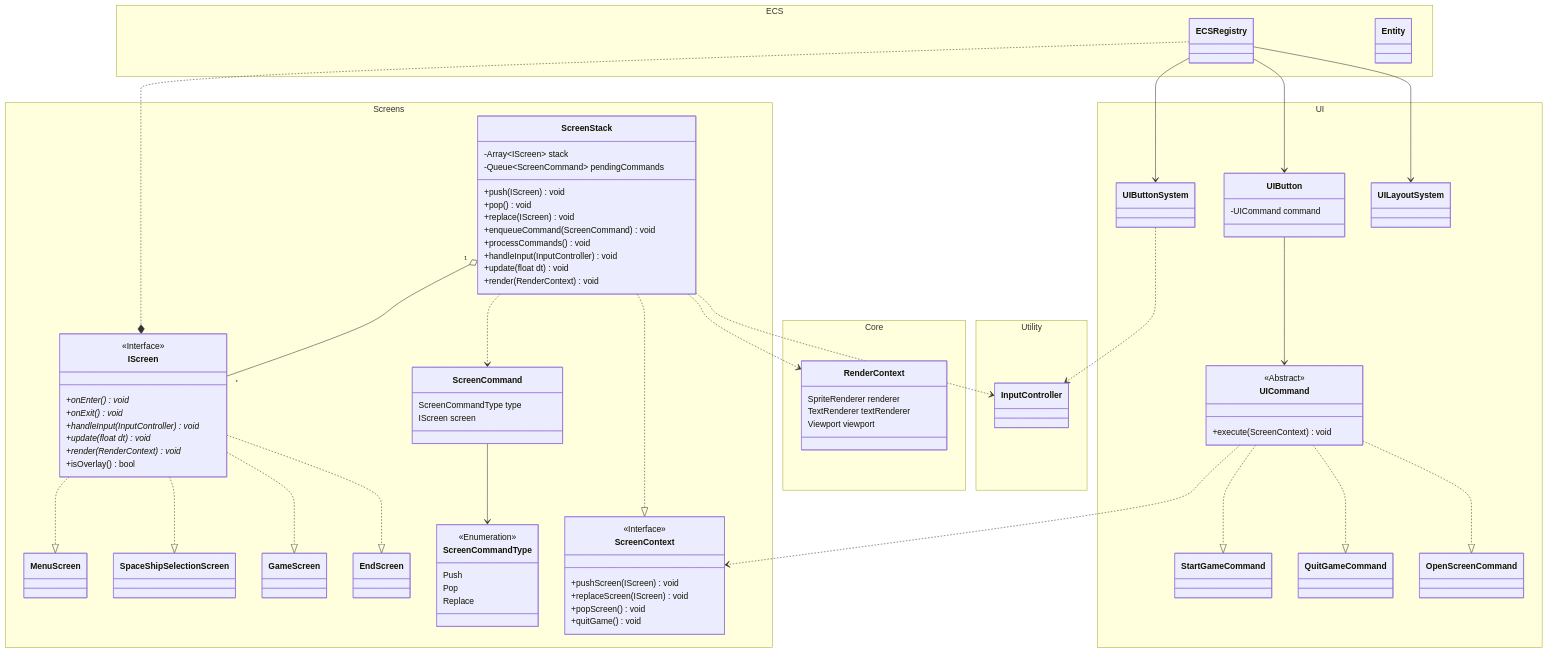
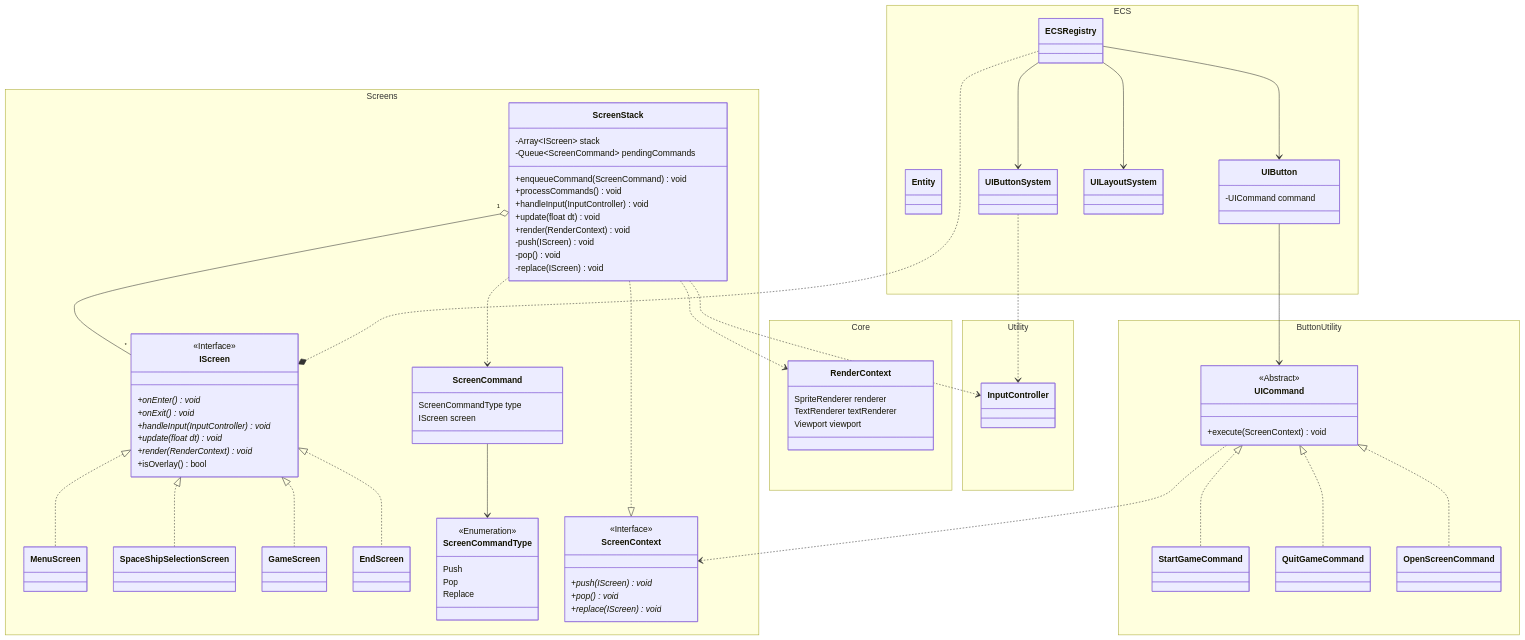
One commit to FelixHommel/StarfighterAlliance changed the diagram in docs/architecture/ScreenSystem.md. Above: the diagram before and after it, drawn with Mermaid.

Commit message:
docs: refactor diagram to reflect current architecture

```diff
--- a/docs/architecture/ScreenSystem.md
+++ b/docs/architecture/ScreenSystem.md
@@ -27,20 +27,21 @@
       -Array~IScreen~ stack
       -Queue~ScreenCommand~ pendingCommands
 
-      +push(IScreen) void
-      +pop() void
-      +replace(IScreen) void
-
       +enqueueCommand(ScreenCommand) void
       +processCommands() void
 
       +handleInput(InputController) void
       +update(float dt) void
       +render(RenderContext) void
+
+      -push(IScreen) void
+      -pop() void
+      -replace(IScreen) void
     }
 
     class ScreenCommandType{
       <<Enumeration>>
+
       Push
       Pop
       Replace
@@ -54,10 +55,9 @@
     class ScreenContext{
       <<Interface>>
 
-      +pushScreen(IScreen) void
-      +replaceScreen(IScreen) void
-      +popScreen() void
-      +quitGame() void
+      +push(IScreen)* void
+      +pop()* void
+      +replace(IScreen)* void
     }
   }
 
@@ -77,16 +77,17 @@
   namespace ECS{
     class ECSRegistry
     class Entity
-  }
 
-  namespace UI{
     class UIButtonSystem
     class UIButton{
       -UICommand command
     }
     class UILayoutSystem
+  }
+  namespace ButtonUtility{
     class UICommand{
       <<Abstract>>
+
       +execute(ScreenContext) void
     }
     class StartGameCommand
@@ -94,10 +95,10 @@
     class OpenScreenCommand
   }
 
-  IScreen ..|> MenuScreen
-  IScreen ..|> SpaceShipSelectionScreen
-  IScreen ..|> GameScreen
-  IScreen ..|> EndScreen
+  IScreen <|.. MenuScreen
+  IScreen <|.. SpaceShipSelectionScreen
+  IScreen <|.. GameScreen
+  IScreen <|.. EndScreen
 
   ScreenStack "1" o-- "*" IScreen
   ScreenStack ..> RenderContext
@@ -113,9 +114,9 @@
   ECSRegistry --> UILayoutSystem
 
   UICommand ..> ScreenContext
-  UICommand ..|> StartGameCommand
-  UICommand ..|> QuitGameCommand
-  UICommand ..|> OpenScreenCommand
+  UICommand <|.. StartGameCommand
+  UICommand <|.. QuitGameCommand
+  UICommand <|.. OpenScreenCommand
 
   UIButtonSystem ..> InputController
 
```
